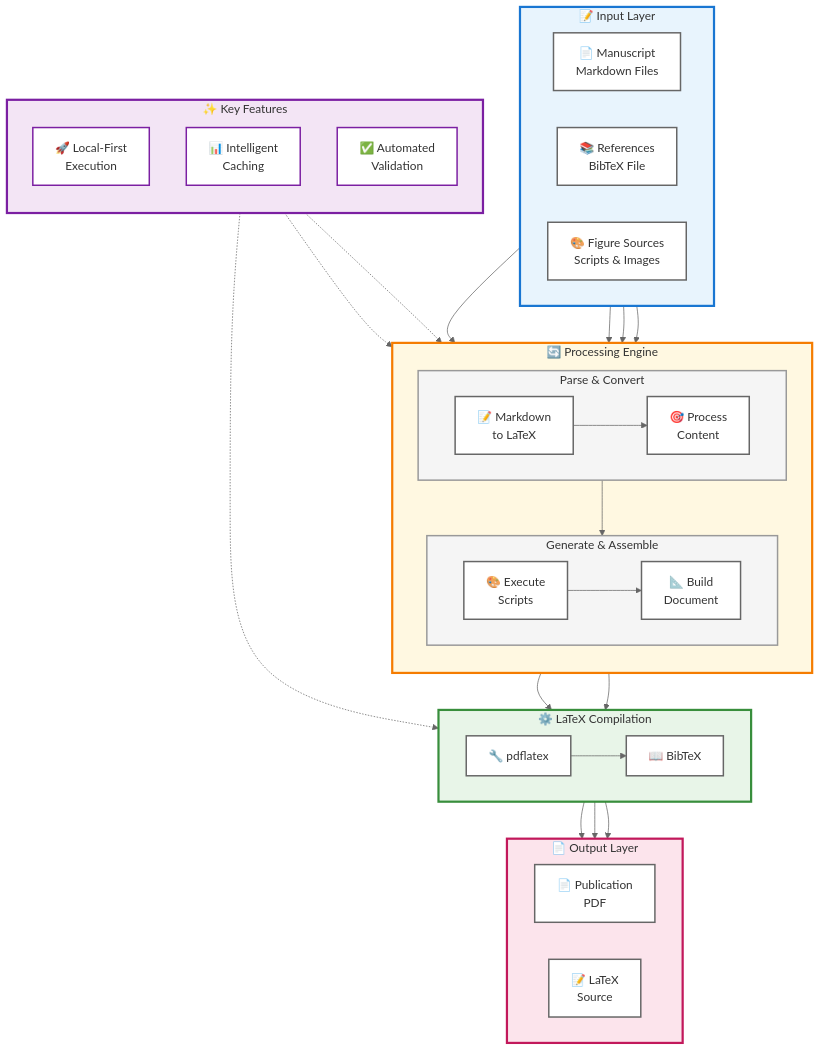
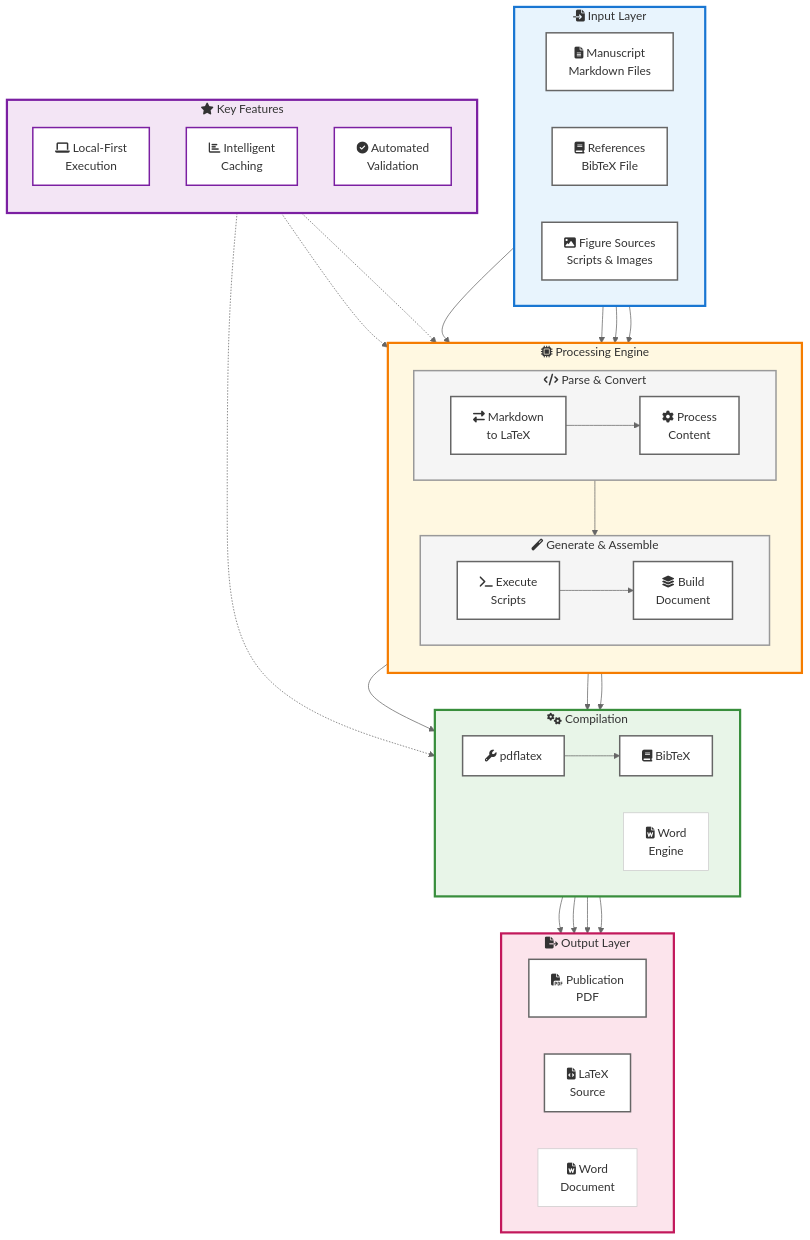
Before and after one commit to HenriquesLab/manuscript-rxiv-maker: the diagram in MANUSCRIPT/FIGURES/SFigure__architecture.mmd, drawn with Mermaid. The commit also changed 8 other files, not shown here.

First line of the commit message:
fix: Improve manuscript quality and Word export

```diff
--- a/MANUSCRIPT/FIGURES/SFigure__architecture.mmd
+++ b/MANUSCRIPT/FIGURES/SFigure__architecture.mmd
@@ -1,95 +1,98 @@
 ---
 config:
   theme: base
   themeVariables:
     fontFamily: ''
     fontSize: 16px
     primaryColor: '#ffffff'
     primaryTextColor: '#333333'
     primaryBorderColor: '#cccccc'
     lineColor: '#666666'
     background: '#ffffff'
   layout: dagre
 ---
 flowchart TD
- subgraph INPUT["📝 Input Layer"]
+ subgraph INPUT["fa:fa-file-import Input Layer"]
     direction LR
-        A1["📄 Manuscript<br>Markdown Files"]
-        A2["📚 References<br>BibTeX File"]
-        A3["🎨 Figure Sources<br>Scripts &amp; Images"]
+        A1["fa:fa-file-alt Manuscript<br>Markdown Files"]
+        A2["fa:fa-book References<br>BibTeX File"]
+        A3["fa:fa-image Figure Sources<br>Scripts &amp; Images"]
   end
- subgraph PARSE["Parse & Convert"]
+ subgraph PARSE["fa:fa-code Parse & Convert"]
     direction LR
-        B1["📝 Markdown<br>to LaTeX"]
-        B2["🎯 Process<br>Content"]
+        B1["fa:fa-exchange-alt Markdown<br>to LaTeX"]
+        B2["fa:fa-cog Process<br>Content"]
   end
- subgraph GEN["Generate & Assemble"]
+ subgraph GEN["fa:fa-magic Generate & Assemble"]
     direction LR
-        C1["🎨 Execute<br>Scripts"]
-        C2["📐 Build<br>Document"]
+        C1["fa:fa-terminal Execute<br>Scripts"]
+        C2["fa:fa-layer-group Build<br>Document"]
   end
- subgraph PROCESS["🔄 Processing Engine"]
+ subgraph PROCESS["fa:fa-microchip Processing Engine"]
     direction TB
         PARSE
         GEN
   end
- subgraph COMPILE["⚙️ LaTeX Compilation"]
+ subgraph COMPILE["fa:fa-cogs Compilation"]
     direction LR
-        D1["🔧 pdflatex"]
-        D2["📖 BibTeX"]
+        D1["fa:fa-wrench pdflatex"]
+        D2["fa:fa-book BibTeX"]
+        D3["fa:fa-file-word Word<br>Engine"]
   end
- subgraph OUTPUT["📄 Output Layer"]
+ subgraph OUTPUT["fa:fa-file-export Output Layer"]
     direction LR
-        E1["📄 Publication<br>PDF"]
-        E2["📝 LaTeX<br>Source"]
+        E1["fa:fa-file-pdf Publication<br>PDF"]
+        E2["fa:fa-file-code LaTeX<br>Source"]
+        E3["fa:fa-file-word Word<br>Document"]
   end
- subgraph FEATURES["✨ Key Features"]
+ subgraph FEATURES["fa:fa-star Key Features"]
     direction TB
-        F1["🚀 Local-First<br>Execution"]
-        F2["📊 Intelligent<br>Caching"]
-        F3["✅ Automated<br>Validation"]
+        F1["fa:fa-laptop Local-First<br>Execution"]
+        F2["fa:fa-chart-bar Intelligent<br>Caching"]
+        F3["fa:fa-check-circle Automated<br>Validation"]
   end
     INPUT --> PROCESS
     PROCESS --> COMPILE
     COMPILE --> OUTPUT
     A1 --> B1
     A2 --> B2
     A3 --> C1
     B1 --> B2
     B2 --> C2
     C1 --> C2
-    C2 --> D1
+    C2 --> D1 & D3
     D1 --> D2 & E2
     D2 --> E1
+    D3 --> E3
     FEATURES -.-> PROCESS
     F2 -.-> C1
     F3 -.-> COMPILE
      A1:::componentBox
      A2:::componentBox
      A3:::componentBox
      B1:::componentBox
      B2:::componentBox
      C1:::componentBox
      C2:::componentBox
      PARSE:::stageBox
      GEN:::stageBox
      D1:::componentBox
      D2:::componentBox
      E1:::componentBox
      E2:::componentBox
      F1:::featureComponent
      F2:::featureComponent
      F3:::featureComponent
      INPUT:::inputBox
      PROCESS:::processBox
      COMPILE:::compileBox
      OUTPUT:::outputBox
      FEATURES:::featureBox
     classDef inputBox fill:#e8f4fd,stroke:#1976d2,stroke-width:3px,color:#333
     classDef processBox fill:#fff8e1,stroke:#f57c00,stroke-width:3px,color:#333
     classDef compileBox fill:#e8f5e8,stroke:#388e3c,stroke-width:3px,color:#333
     classDef outputBox fill:#fce4ec,stroke:#c2185b,stroke-width:3px,color:#333
     classDef featureBox fill:#f3e5f5,stroke:#7b1fa2,stroke-width:3px,color:#333
     classDef stageBox fill:#f5f5f5,stroke:#999999,stroke-width:2px,color:#333
     classDef componentBox fill:#ffffff,stroke:#666666,stroke-width:2px,color:#333
     classDef featureComponent fill:#ffffff,stroke:#7b1fa2,stroke-width:2px,color:#333
```
